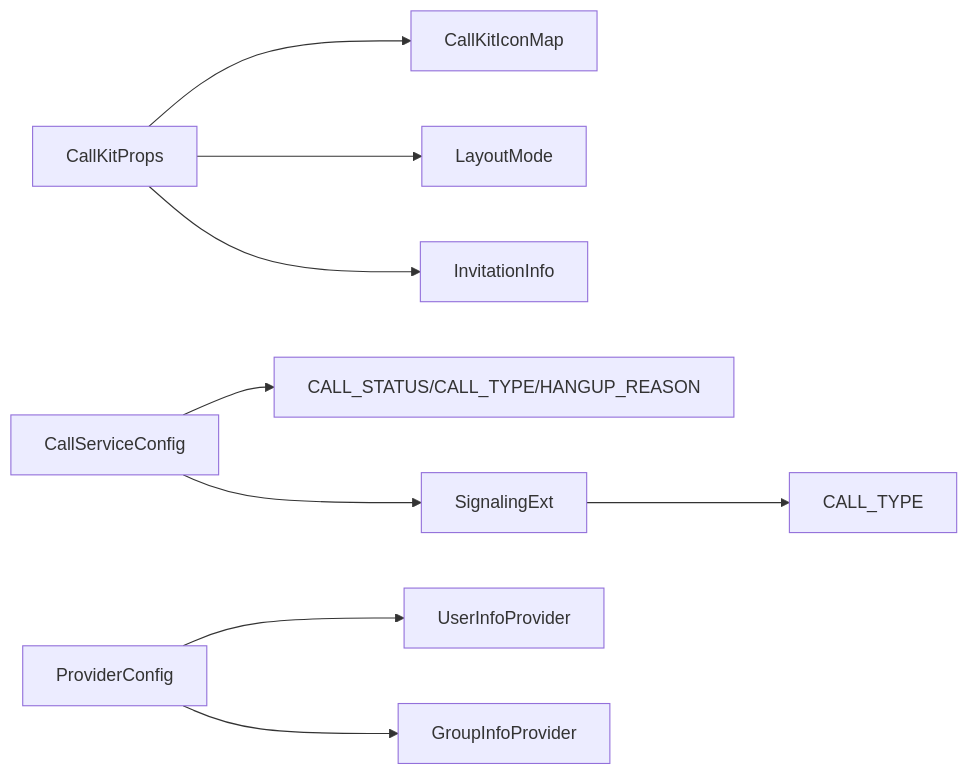
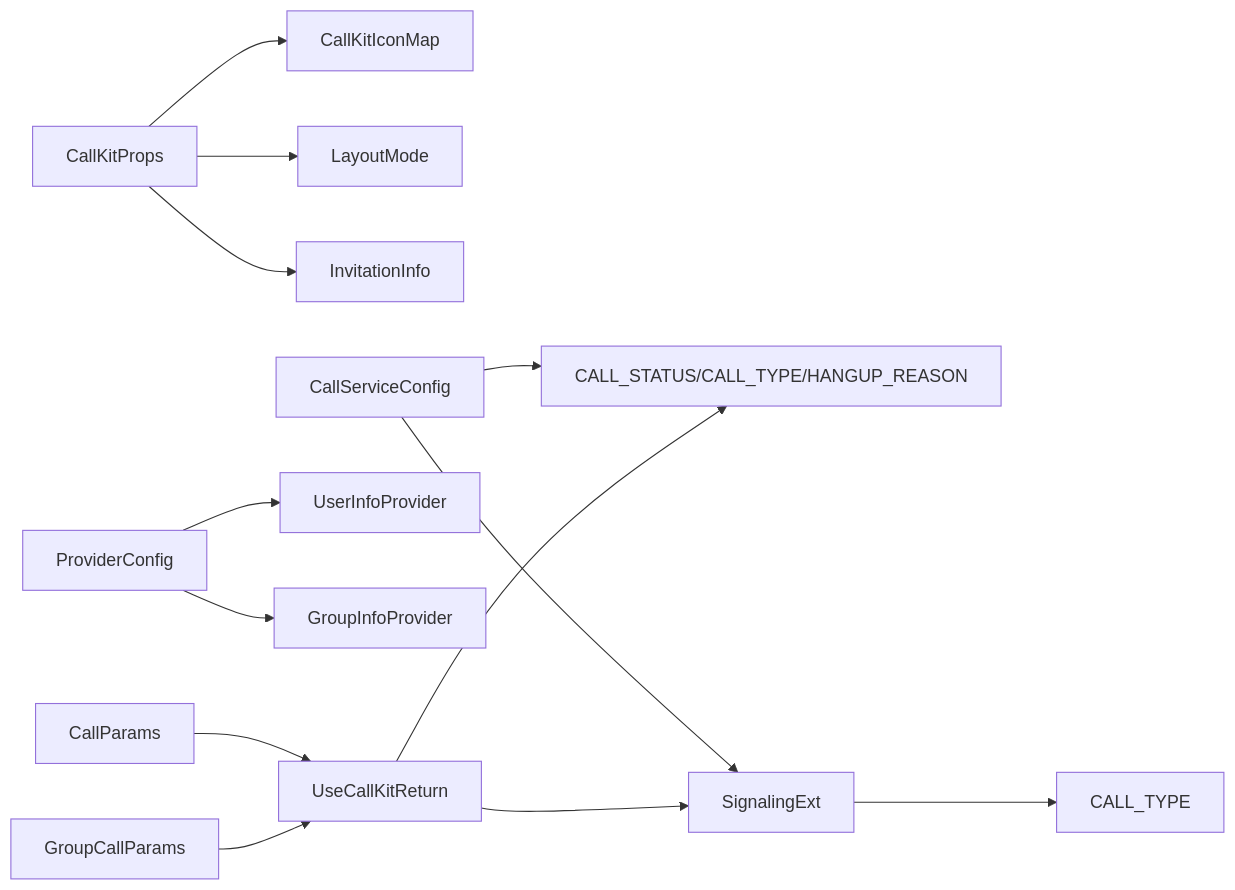
One commit to Easemob-Community/easemob-uikit-callkit-vue3 changed the tenth of 10 diagrams in .qoder/repowiki/zh/content/类型定义.md. Above: the diagram before and after it, drawn with Mermaid. The commit also changed other lines of this file and 6 other files, not shown here.

````diff
--- a/.qoder/repowiki/zh/content/类型定义.md
+++ b/.qoder/repowiki/zh/content/类型定义.md
@@ -444,11 +534,15 @@
 ```mermaid
 graph LR
 Props["CallKitProps"] --> Icons["CallKitIconMap"]
 Props --> Mode["LayoutMode"]
 Props --> Invite["InvitationInfo"]
 ServiceCfg["CallServiceConfig"] --> State["CALL_STATUS/CALL_TYPE/HANGUP_REASON"]
 ServiceCfg --> Signal["SignalingExt"]
 Signal --> CType["CALL_TYPE"]
 Provider["ProviderConfig"] --> UserInfo["UserInfoProvider"]
 Provider --> GroupInfo["GroupInfoProvider"]
+CallParams["CallParams"] --> UseCallKit["UseCallKitReturn"]
+GroupCallParams["GroupCallParams"] --> UseCallKit
+UseCallKit --> State
+UseCallKit --> Signal
 ```
````
